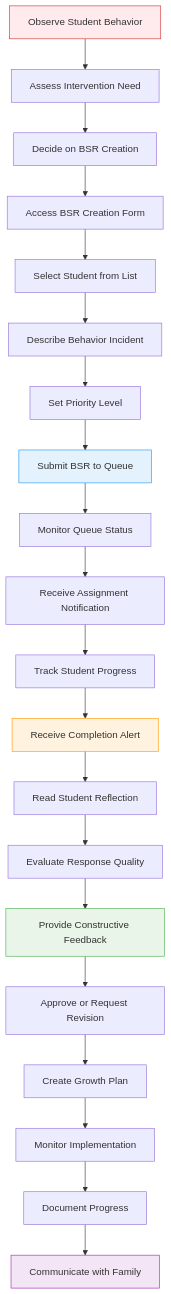
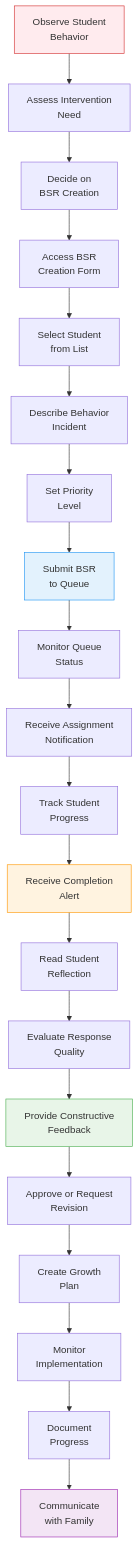
One commit to Splurfa/bx-os changed the first of 5 diagrams in docs/flowcharts/User-Journeys/12-teacher-workflow-journey.md. Above: the diagram before and after it, drawn with Mermaid. The commit also changed other lines of this file and 11 other files, not shown here.

Commit message:
Fix flowchart text wrapping

````diff
--- a/docs/flowcharts/User-Journeys/12-teacher-workflow-journey.md
+++ b/docs/flowcharts/User-Journeys/12-teacher-workflow-journey.md
@@ -7,28 +7,28 @@
 ```mermaid
 flowchart TD
-    A[Observe Student Behavior] --> B[Assess Intervention Need]
-    B --> C[Decide on BSR Creation]
-    C --> D[Access BSR Creation Form]
-    D --> E[Select Student from List]
-    E --> F[Describe Behavior Incident]
-    F --> G[Set Priority Level]
-    G --> H[Submit BSR to Queue]
-    H --> I[Monitor Queue Status]
-    I --> J[Receive Assignment Notification]
-    J --> K[Track Student Progress]
-    K --> L[Receive Completion Alert]
-    L --> M[Read Student Reflection]
-    M --> N[Evaluate Response Quality]
-    N --> O[Provide Constructive Feedback]
-    O --> P[Approve or Request Revision]
-    P --> Q[Create Growth Plan]
-    Q --> R[Monitor Implementation]
-    R --> S[Document Progress]
-    S --> T[Communicate with Family]
+    A[Observe Student<br/>Behavior] --> B[Assess Intervention<br/>Need]
+    B --> C[Decide on<br/>BSR Creation]
+    C --> D[Access BSR<br/>Creation Form]
+    D --> E[Select Student<br/>from List]
+    E --> F[Describe Behavior<br/>Incident]
+    F --> G[Set Priority<br/>Level]
+    G --> H[Submit BSR<br/>to Queue]
+    H --> I[Monitor Queue<br/>Status]
+    I --> J[Receive Assignment<br/>Notification]
+    J --> K[Track Student<br/>Progress]
+    K --> L[Receive Completion<br/>Alert]
+    L --> M[Read Student<br/>Reflection]
+    M --> N[Evaluate Response<br/>Quality]
+    N --> O[Provide Constructive<br/>Feedback]
+    O --> P[Approve or Request<br/>Revision]
+    P --> Q[Create Growth<br/>Plan]
+    Q --> R[Monitor<br/>Implementation]
+    R --> S[Document<br/>Progress]
+    S --> T[Communicate<br/>with Family]
     
     style A fill:#ffebee,stroke:#d32f2f
     style H fill:#e3f2fd,stroke:#2196f3
     style L fill:#fff3e0,stroke:#ff9800
     style O fill:#e8f5e8,stroke:#4caf50
     style T fill:#f3e5f5,stroke:#9c27b0
 ```
````
